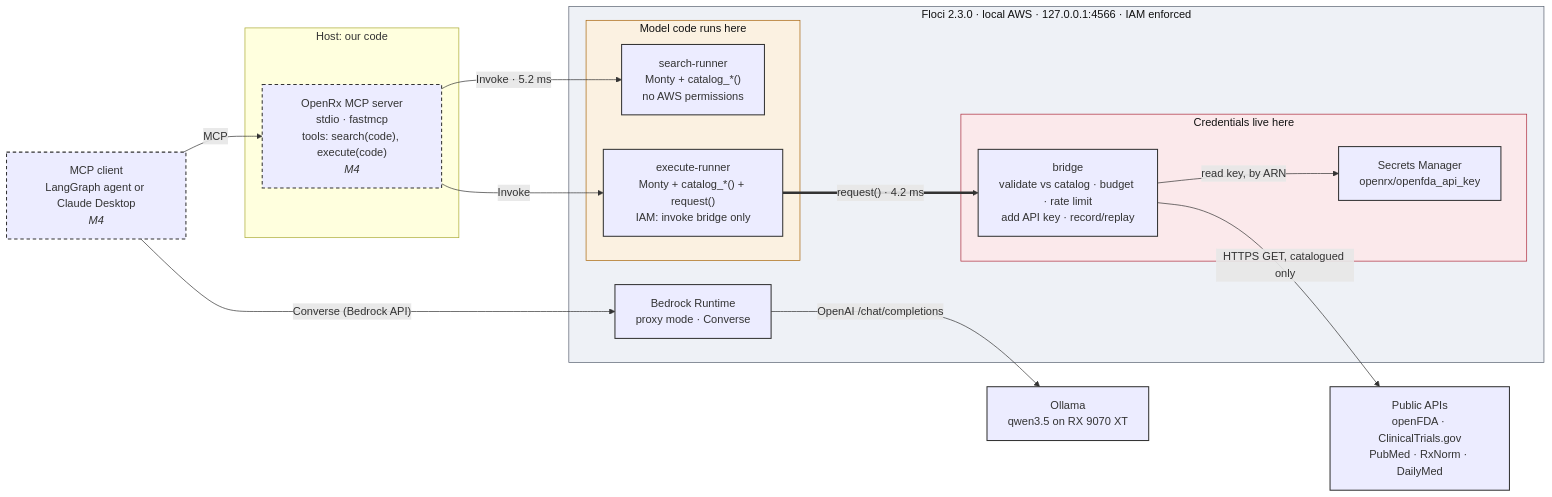
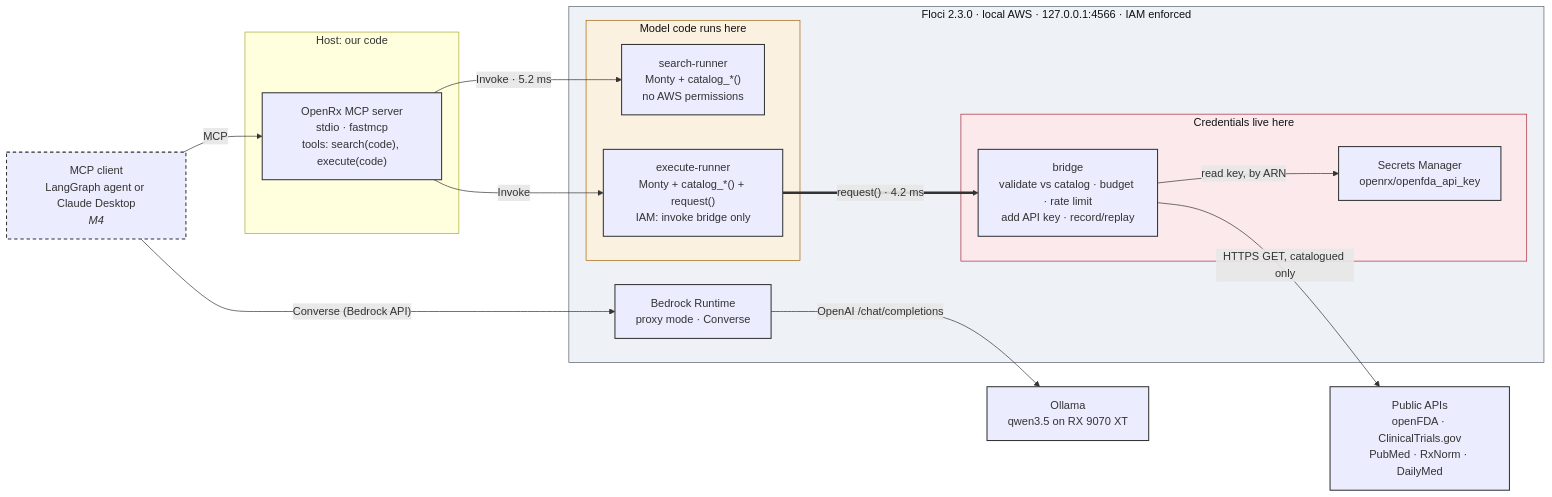
Before and after one commit to pratyushmohit/openrx: the first of 3 diagrams in docs/architecture.md, drawn with Mermaid. The commit also changed other lines of this file and 7 other files, not shown here.

````diff
--- a/docs/architecture.md
+++ b/docs/architecture.md
@@ -18,40 +18,40 @@
 ```mermaid
 flowchart LR
   client["MCP client<br/>LangGraph agent or Claude Desktop<br/><i>M4</i>"]
   ollama["Ollama<br/>qwen3.5 on RX 9070 XT"]
 
   subgraph host["Host: our code"]
-    server["OpenRx MCP server<br/>stdio · fastmcp<br/>tools: search(code), execute(code)<br/><i>M4</i>"]
+    server["OpenRx MCP server<br/>stdio · fastmcp<br/>tools: search(code), execute(code)"]
   end
 
   subgraph floci["Floci 2.3.0 · local AWS · 127.0.0.1:4566 · IAM enforced"]
     subgraph sandbox["Model code runs here"]
       search["search-runner<br/>Monty + catalog_*()<br/>no AWS permissions"]
       execute["execute-runner<br/>Monty + catalog_*() + request()<br/>IAM: invoke bridge only"]
     end
     subgraph creds["Credentials live here"]
       bridge["bridge<br/>validate vs catalog · budget · rate limit<br/>add API key · record/replay"]
       secrets["Secrets Manager<br/>openrx/openfda_api_key"]
     end
     bedrock["Bedrock Runtime<br/>proxy mode · Converse"]
   end
 
   apis["Public APIs<br/>openFDA · ClinicalTrials.gov<br/>PubMed · RxNorm · DailyMed"]
 
   client -- "MCP" --> server
   server -- "Invoke · 5.2 ms" --> search
   server -- "Invoke" --> execute
   execute == "request() · 4.2 ms" ==> bridge
   bridge -- "read key, by ARN" --> secrets
   bridge -- "HTTPS GET, catalogued only" --> apis
   client -- "Converse (Bedrock API)" --> bedrock
   bedrock -- "OpenAI /chat/completions" --> ollama
 
   classDef built stroke:#333,stroke-width:1.5px
   classDef planned stroke:#333,stroke-width:1.5px,stroke-dasharray:5 4
-  class secrets,bedrock,ollama,apis,bridge,search,execute built
-  class client,server planned
+  class secrets,bedrock,ollama,apis,bridge,search,execute,server built
+  class client planned
   style sandbox fill:#fbf1e1,stroke:#a8640a,color:#111
   style creds fill:#fbe9eb,stroke:#ad2a3c,color:#111
   style floci fill:#eef1f6,stroke:#586170,color:#111
 ```
````
